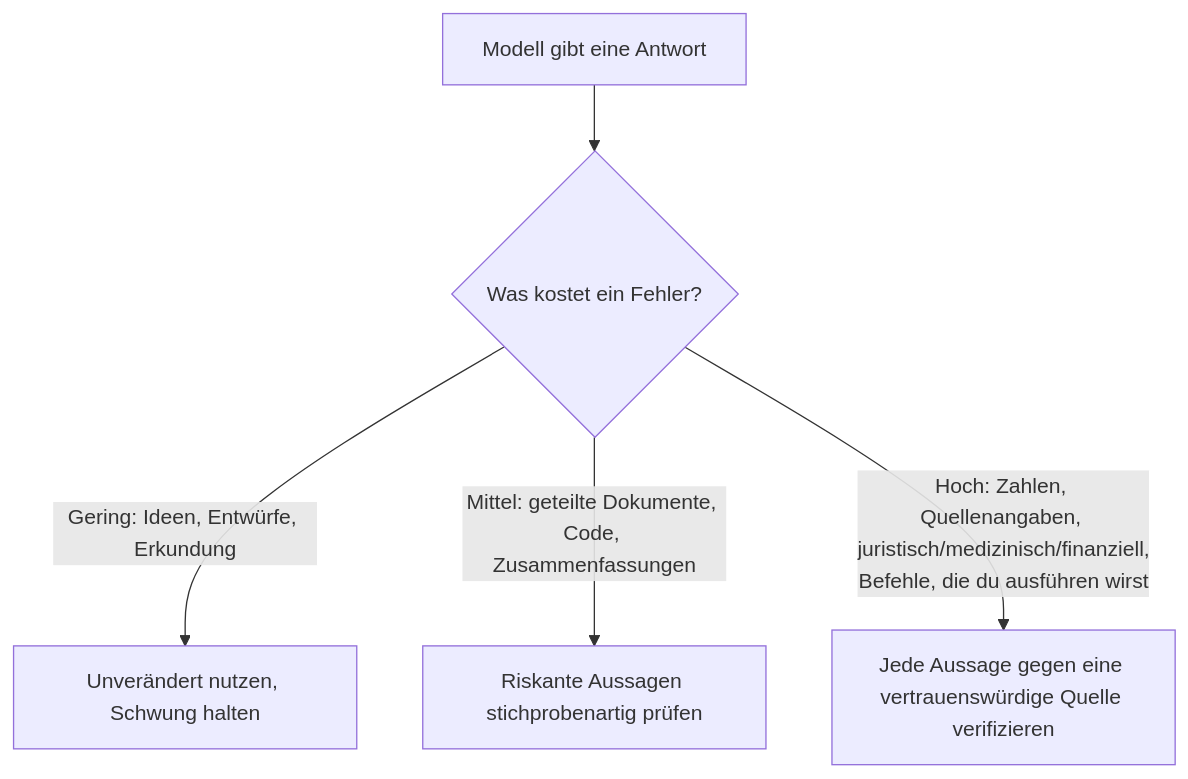
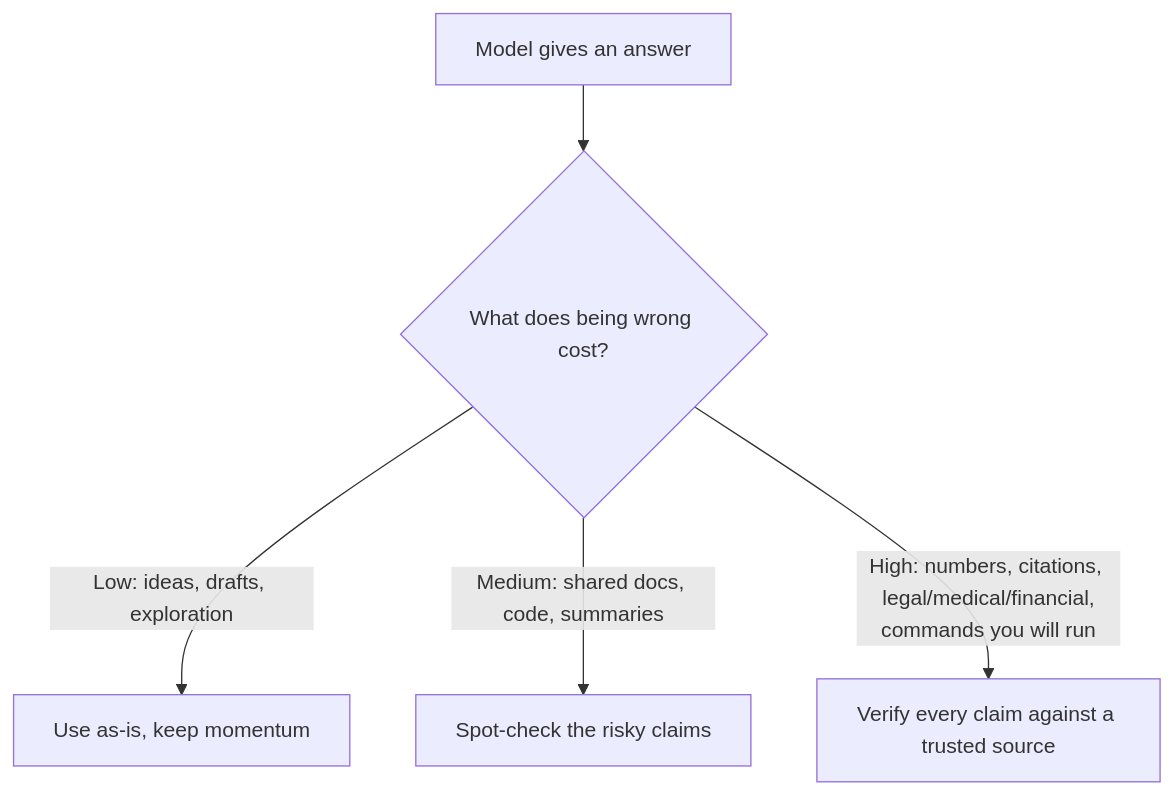
The diagram in i18n/de/docusaurus-plugin-content-docs/current/foundations/hallucinations.mdx (derob98/ailmanac), drawn with Mermaid before and after one commit. The commit also changed other lines of this file and 5 other files, not shown here.

````diff
--- a/i18n/de/docusaurus-plugin-content-docs/current/foundations/hallucinations.mdx
+++ b/i18n/de/docusaurus-plugin-content-docs/current/foundations/hallucinations.mdx
@@ -65,7 +67,7 @@
 ```mermaid
 flowchart TD
-  A[Modell gibt eine Antwort] --> B{Was kostet ein Fehler?}
-  B -->|Gering: Ideen, Entwürfe, Erkundung| C[Unverändert nutzen, Schwung halten]
-  B -->|Mittel: geteilte Dokumente, Code, Zusammenfassungen| D[Riskante Aussagen stichprobenartig prüfen]
-  B -->|Hoch: Zahlen, Quellenangaben, juristisch/medizinisch/finanziell,<br/>Befehle, die du ausführen wirst| E[Jede Aussage gegen eine vertrauenswürdige Quelle verifizieren]
+  A[Model gives an answer] --> B{What does being wrong cost?}
+  B -->|Low: ideas, drafts, exploration| C[Use as-is, keep momentum]
+  B -->|Medium: shared docs, code, summaries| D[Spot-check the risky claims]
+  B -->|High: numbers, citations, legal/medical/financial,<br/>commands you will run| E[Verify every claim against a trusted source]
 ```
````
